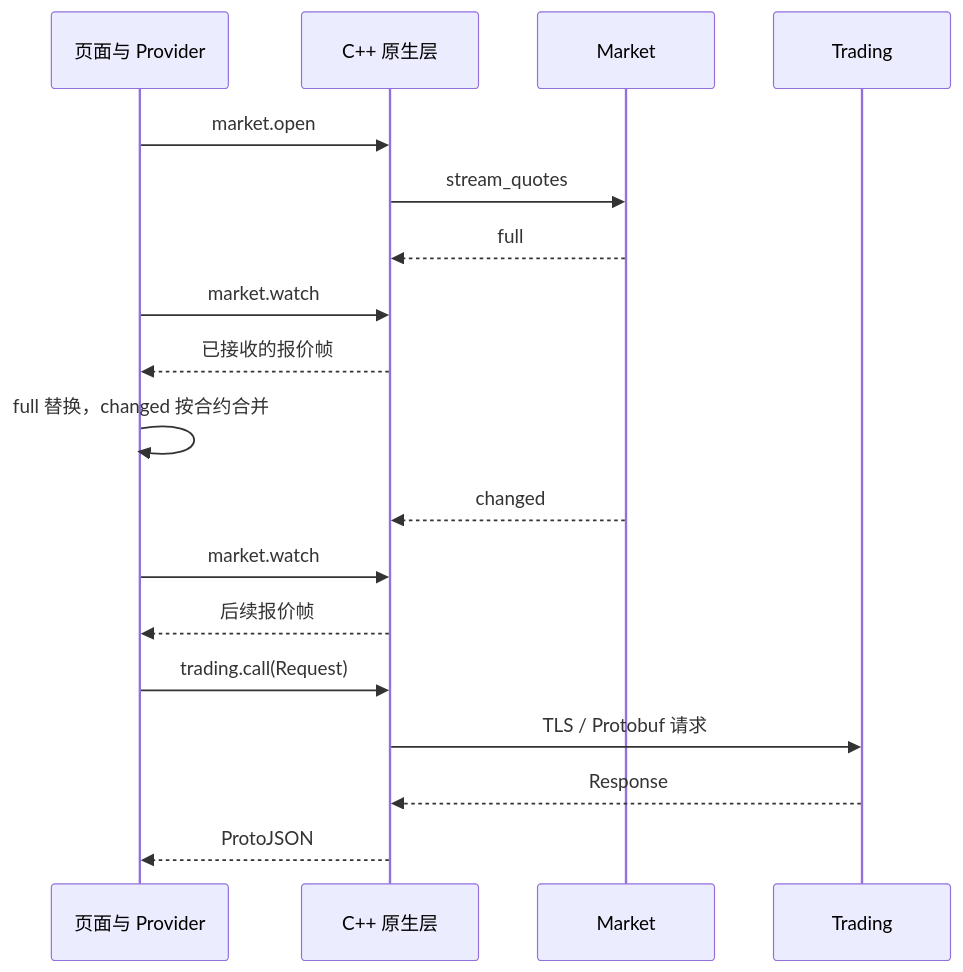
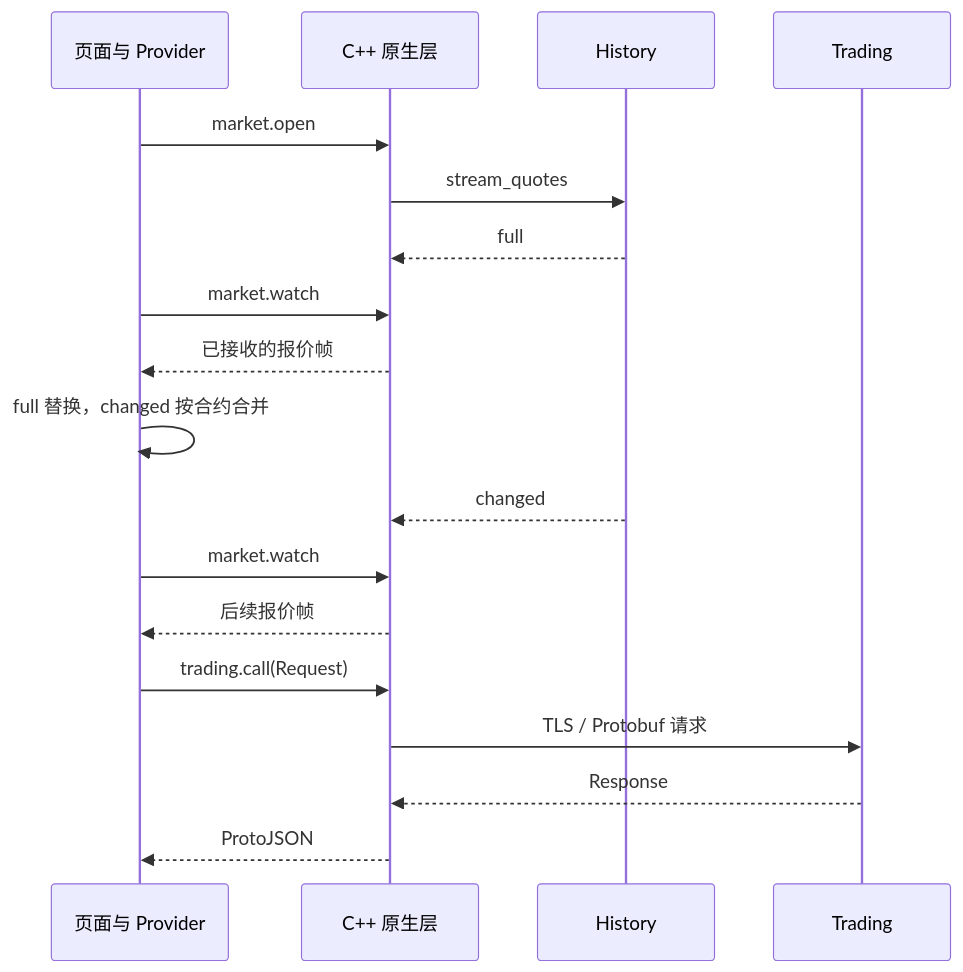
One commit to isqiwen/asterion-terminal changed the fourth of 4 diagrams in docs/terminal/architecture.md. Above: the diagram before and after it, drawn with Mermaid. The commit also changed other lines of this file and 230 other files, not shown here.

First line of the commit message:
M3.85: rename Market to History

````diff
--- a/docs/terminal/architecture.md
+++ b/docs/terminal/architecture.md
@@ -80,20 +80,20 @@
 ```mermaid
 sequenceDiagram
     participant UI as 页面与 Provider
     participant Native as C++ 原生层
-    participant Market
+    participant History
     participant Trading
     UI->>Native: market.open
-    Native->>Market: stream_quotes
-    Market-->>Native: full
+    Native->>History: stream_quotes
+    History-->>Native: full
     UI->>Native: market.watch
     Native-->>UI: 已接收的报价帧
     UI->>UI: full 替换，changed 按合约合并
-    Market-->>Native: changed
+    History-->>Native: changed
     UI->>Native: market.watch
     Native-->>UI: 后续报价帧
     UI->>Native: trading.call(Request)
     Native->>Trading: TLS / Protobuf 请求
     Trading-->>Native: Response
     Native-->>UI: ProtoJSON
 ```
````
